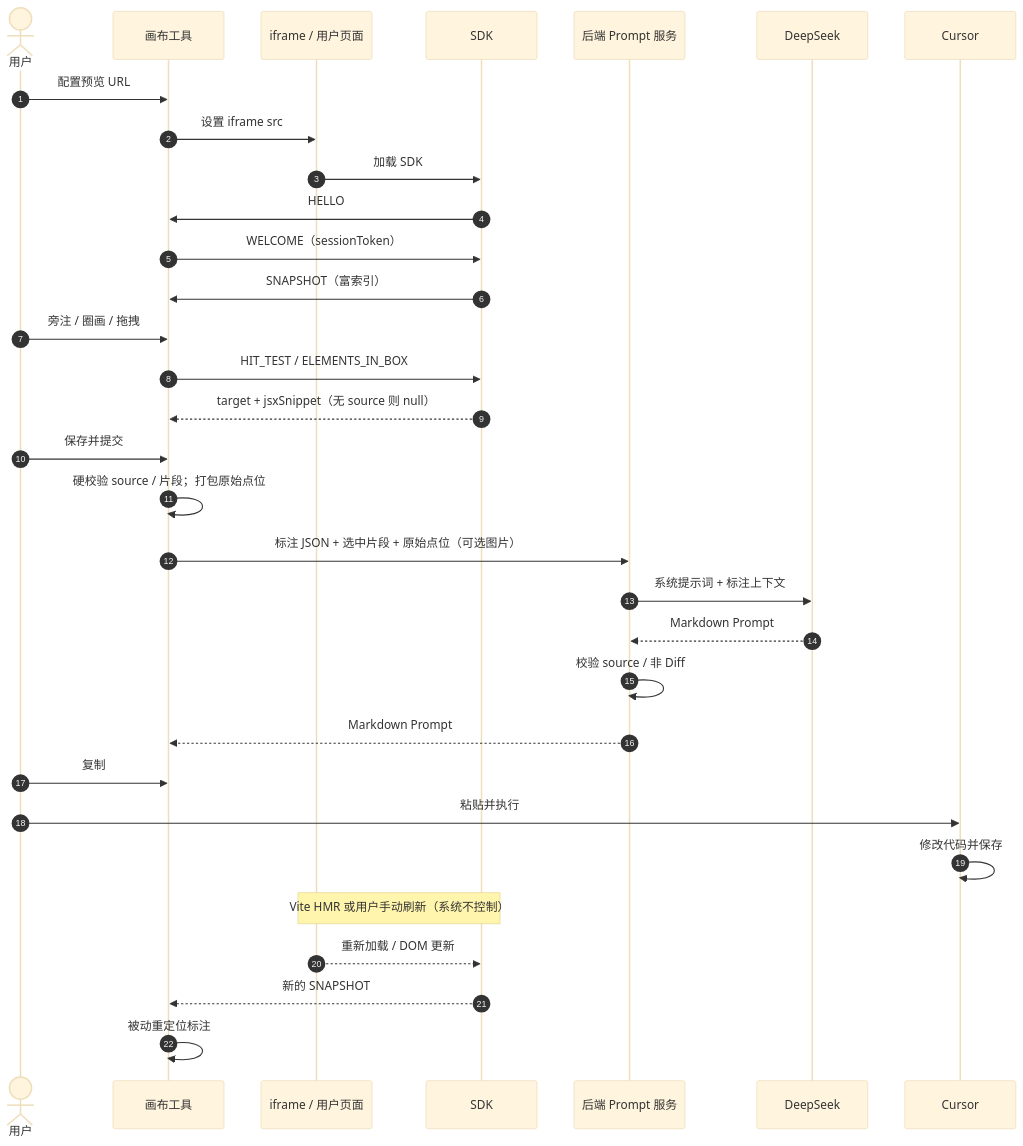
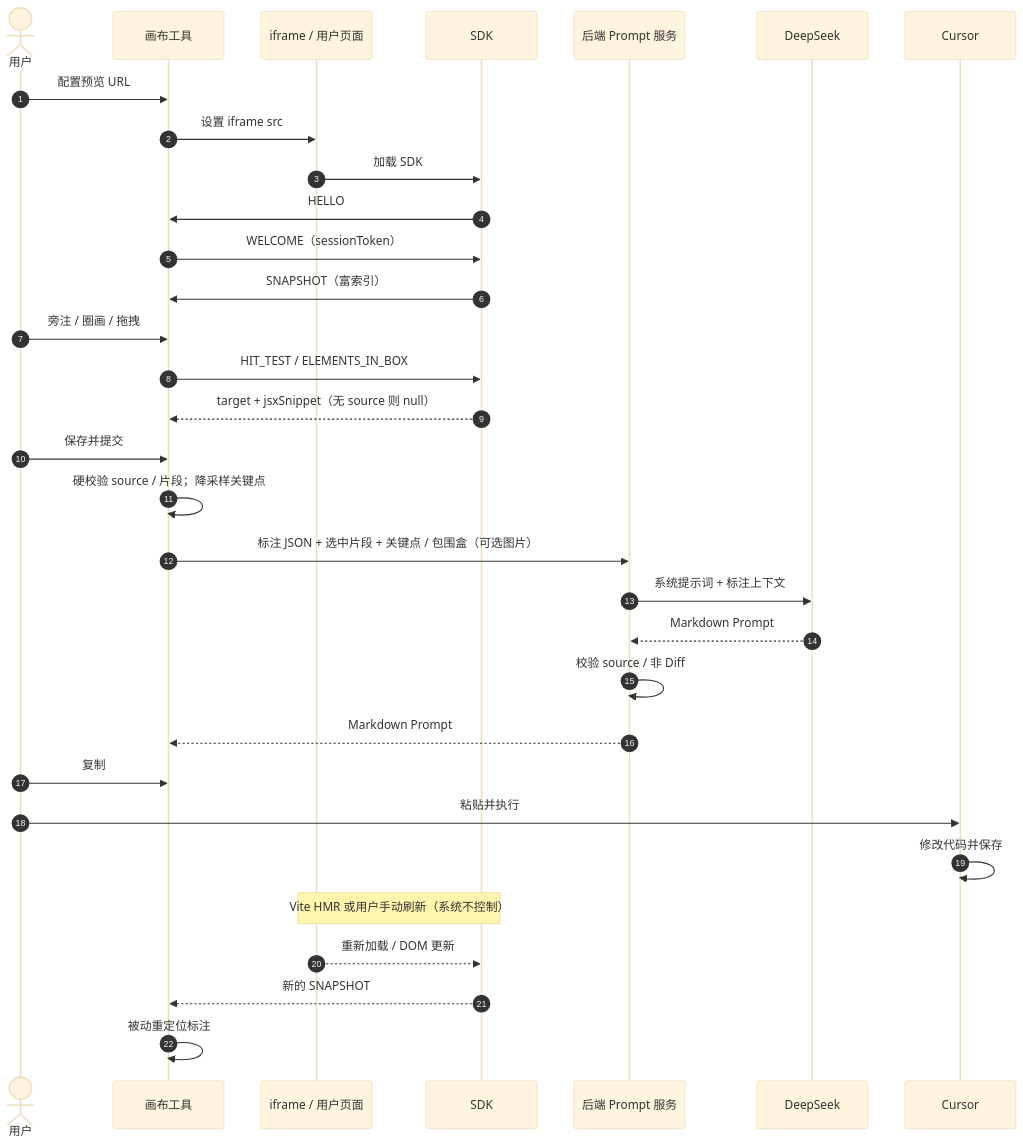
One commit to Cai199999/vibe-app changed the seventh of 8 diagrams in docs/design/02.整体架构设计.md. Above: the diagram before and after it, drawn with Mermaid (base theme). The commit also changed other lines of this file and 24 other files, not shown here.

````diff
--- a/docs/design/02.整体架构设计.md
+++ b/docs/design/02.整体架构设计.md
@@ -891,35 +894,35 @@
 ```mermaid
 sequenceDiagram
     autonumber
     actor U as 用户
     participant H as 画布工具
     participant F as iframe / 用户页面
     participant S as SDK
     participant A as 后端 Prompt 服务
     participant D as DeepSeek
     participant C as Cursor
 
     U->>H: 配置预览 URL
     H->>F: 设置 iframe src
     F->>S: 加载 SDK
     S->>H: HELLO
     H->>S: WELCOME（sessionToken）
     S->>H: SNAPSHOT（富索引）
     U->>H: 旁注 / 圈画 / 拖拽
     H->>S: HIT_TEST / ELEMENTS_IN_BOX
     S-->>H: target + jsxSnippet（无 source 则 null）
     U->>H: 保存并提交
-    H->>H: 硬校验 source / 片段；打包原始点位
-    H->>A: 标注 JSON + 选中片段 + 原始点位（可选图片）
+    H->>H: 硬校验 source / 片段；降采样关键点
+    H->>A: 标注 JSON + 选中片段 + 关键点 / 包围盒（可选图片）
     A->>D: 系统提示词 + 标注上下文
     D-->>A: Markdown Prompt
     A->>A: 校验 source / 非 Diff
     A-->>H: Markdown Prompt
     U->>H: 复制
     U->>C: 粘贴并执行
     C->>C: 修改代码并保存
     Note over F,S: Vite HMR 或用户手动刷新（系统不控制）
     F-->>S: 重新加载 / DOM 更新
     S-->>H: 新的 SNAPSHOT
     H->>H: 被动重定位标注
 ```
````
